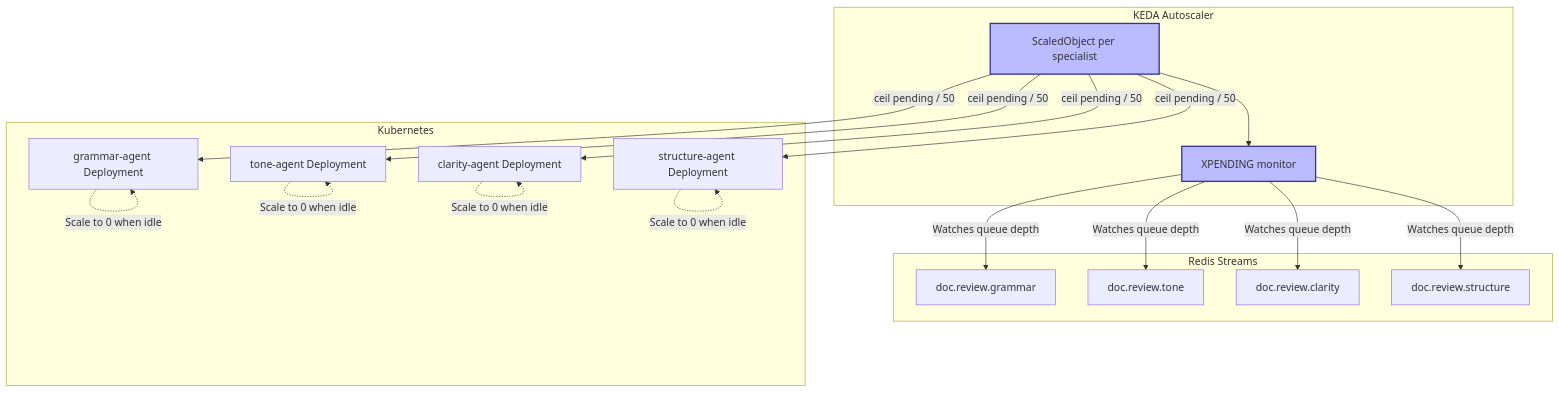
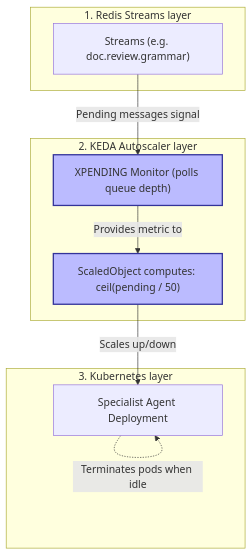
The third of 3 diagrams in README.md (mehdi-mirzapour/agentic-mesh-tutorial), drawn with Mermaid before and after one commit.

Commit message:
docs: simplify KEDA diagram to a clean vertical linear stack

````diff
--- a/README.md
+++ b/README.md
@@ -85,38 +85,23 @@
 ```mermaid
 graph TD
-    subgraph sg_redis [Redis Streams]
-        RG[doc.review.grammar]
-        RT[doc.review.tone]
-        RC[doc.review.clarity]
-        RSt[doc.review.structure]
+    subgraph sg_redis [1. Redis Streams layer]
+        R["Streams (e.g. doc.review.grammar)"]
     end
 
-    subgraph sg_keda [KEDA Autoscaler]
-        KS[ScaledObject per specialist]
-        XP[XPENDING monitor]
+    subgraph sg_keda [2. KEDA Autoscaler layer]
+        XP["XPENDING Monitor (polls queue depth)"]
+        KS["ScaledObject computes: ceil(pending / 50)"]
     end
 
-    subgraph sg_k8s [Kubernetes]
-        DA[grammar-agent Deployment]
-        DB[tone-agent Deployment]
-        DC[clarity-agent Deployment]
-        DD[structure-agent Deployment]
+    subgraph sg_k8s [3. Kubernetes layer]
+        D["Specialist Agent Deployment"]
     end
 
-    XP -->|Watches queue depth| RG
-    XP -->|Watches queue depth| RT
-    XP -->|Watches queue depth| RC
-    XP -->|Watches queue depth| RSt
-    KS --> XP
-    KS -->|ceil pending / 50| DA
-    KS -->|ceil pending / 50| DB
-    KS -->|ceil pending / 50| DC
-    KS -->|ceil pending / 50| DD
-    DA -.->|Scale to 0 when idle| DA
-    DB -.->|Scale to 0 when idle| DB
-    DC -.->|Scale to 0 when idle| DC
-    DD -.->|Scale to 0 when idle| DD
+    R -->|Pending messages signal| XP
+    XP -->|Provides metric to| KS
+    KS -->|Scales up/down| D
+    D -.->|Terminates pods when idle| D
 
     style KS fill:#bbf,stroke:#339,stroke-width:2px
     style XP fill:#bbf,stroke:#339,stroke-width:2px
 ```
````
